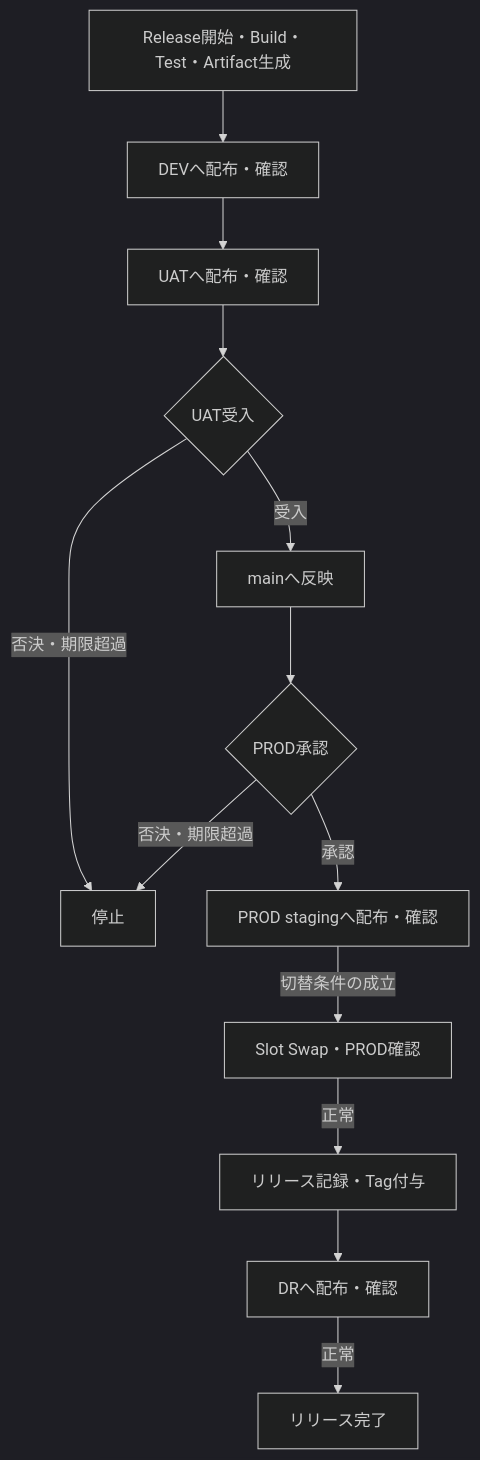
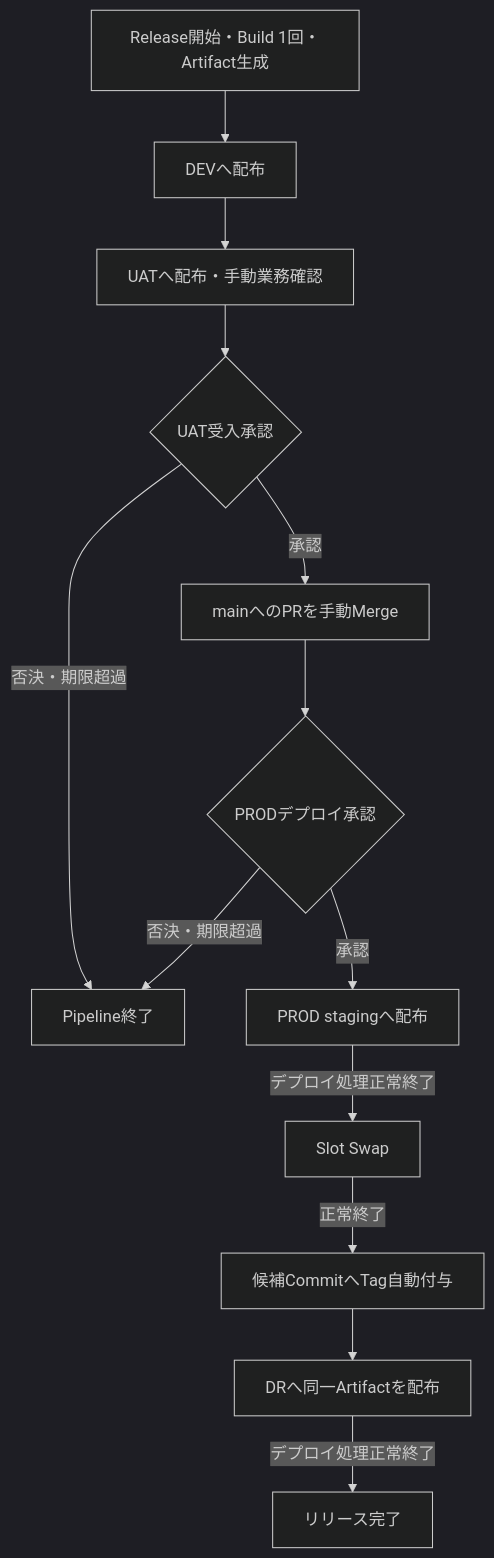
Before and after one commit to ShimaBell0619/cicd-demo: the second of 2 diagrams in docs/方式設計書/CI_CD_方式設計書.md, drawn with Mermaid (dark theme). The commit also changed other lines of this file and 1 other file, not shown here.

````diff
--- a/docs/方式設計書/CI_CD_方式設計書.md
+++ b/docs/方式設計書/CI_CD_方式設計書.md
@@ -145,15 +148,15 @@
 ```mermaid
 flowchart TB
-    B["Release開始・Build・Test・Artifact生成"] --> D["DEVへ配布・確認"]
-    D --> U["UATへ配布・確認"]
-    U --> Q{"UAT受入"}
-    Q -->|否決・期限超過| S["停止"]
-    Q -->|受入| M["mainへ反映"]
-    M --> P{"PROD承認"}
-    P -->|否決・期限超過| S
-    P -->|承認| ST["PROD stagingへ配布・確認"]
-    ST -->|切替条件の成立| SW["Slot Swap・PROD確認"]
-    SW -->|正常| T["リリース記録・Tag付与"]
-    T --> DR["DRへ配布・確認"]
-    DR -->|正常| F["リリース完了"]
+    B["Release開始・Build 1回・Artifact生成"] --> D["DEVへ配布"]
+    D --> U["UATへ配布・手動業務確認"]
+    U --> UA{"UAT受入承認"}
+    UA -->|承認| M["mainへのPRを手動Merge"]
+    UA -->|否決・期限超過| E["Pipeline終了"]
+    M --> PA{"PRODデプロイ承認"}
+    PA -->|承認| ST["PROD stagingへ配布"]
+    PA -->|否決・期限超過| E
+    ST -->|デプロイ処理正常終了| SW["Slot Swap"]
+    SW -->|正常終了| T["候補CommitへTag自動付与"]
+    T --> R["DRへ同一Artifactを配布"]
+    R -->|デプロイ処理正常終了| F["リリース完了"]
 ```
````
